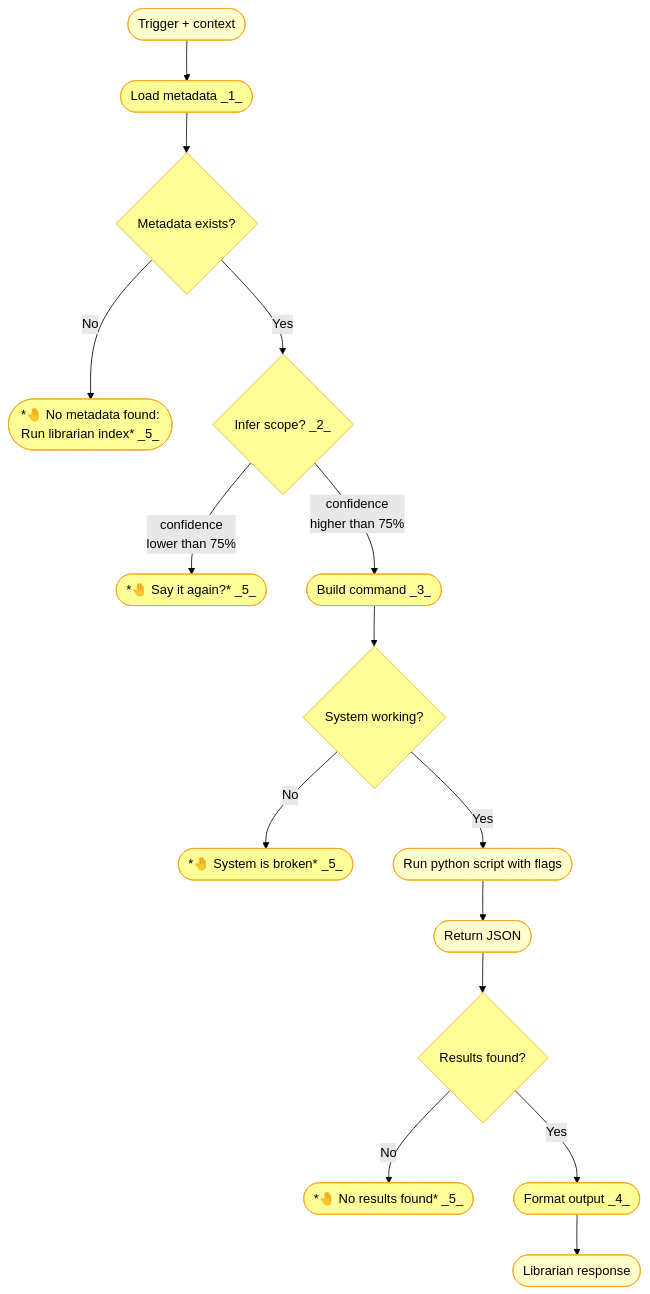
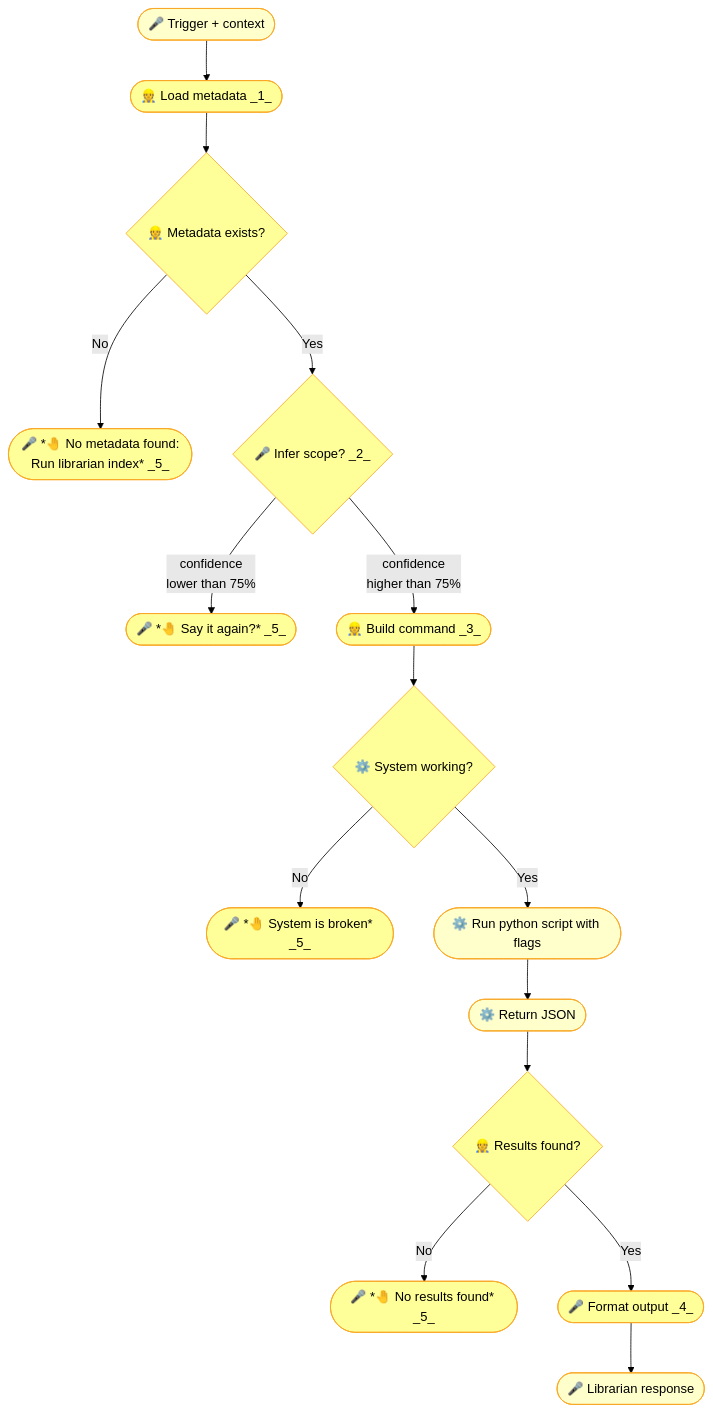
Before and after one commit to nonlinear/librarian: the second of 3 diagrams in backstage/epic-notes/v0.15.0-skill-protocol.md, drawn with Mermaid (forest theme). The commit also changed other lines of this file, not shown here.

Commit message:
epic-15: Merge enforcement.md → protocol.md (Problem + Runtime diagram)

````diff
--- a/backstage/epic-notes/v0.15.0-skill-protocol.md
+++ b/backstage/epic-notes/v0.15.0-skill-protocol.md
@@ -3,41 +61,41 @@
 ```mermaid
 flowchart TB
-    TRIGGER(["Trigger + context"])
-    TRIGGER --> METADATA(["Load metadata _1_"])
-    METADATA --> CHECK{"Metadata exists?"}
+    TRIGGER(["🎤 Trigger + context"])
+    TRIGGER --> METADATA(["👷 Load metadata _1_"])
+    METADATA --> CHECK{"👷 Metadata exists?"}
     
-    CHECK -->|"No"| ERROR(["*🤚 No metadata found:<br>Run librarian index* _5_"])
-    CHECK -->|"Yes"| INFER{"Infer scope? _2_"}
+    CHECK -->|"No"| ERROR(["🎤 *🤚 No metadata found:<br>Run librarian index* _5_"])
+    CHECK -->|"Yes"| INFER{"🎤 Infer scope? _2_"}
     
-    INFER -->|"confidence<br>lower than 75%"| CLARIFY(["*🤚 Say it again?* _5_"])
-    INFER -->|"confidence<br>higher than 75%"| BUILD(["Build command _3_"])
+    INFER -->|"confidence<br>lower than 75%"| CLARIFY(["🎤 *🤚 Say it again?* _5_"])
+    INFER -->|"confidence<br>higher than 75%"| BUILD(["👷 Build command _3_"])
     
-    BUILD --> CHECK_SYSTEM{"System working?"}
+    BUILD --> CHECK_SYSTEM{"⚙️ System working?"}
     
-    CHECK_SYSTEM -->|"No"| BROKEN(["*🤚 System is broken* _5_"])
-    CHECK_SYSTEM -->|"Yes"| EXEC(["Run python script with flags"])
+    CHECK_SYSTEM -->|"No"| BROKEN(["🎤 *🤚 System is broken* _5_"])
+    CHECK_SYSTEM -->|"Yes"| EXEC(["⚙️ Run python script with flags"])
     
-    EXEC --> JSON(["Return JSON"])
-    JSON --> CHECK_RESULTS{"Results found?"}
+    EXEC --> JSON(["⚙️ Return JSON"])
+    JSON --> CHECK_RESULTS{"👷 Results found?"}
     
-    CHECK_RESULTS -->|"No"| EMPTY(["*🤚 No results found* _5_"])
-    CHECK_RESULTS -->|"Yes"| FORMAT(["Format output _4_"])
+    CHECK_RESULTS -->|"No"| EMPTY(["🎤 *🤚 No results found* _5_"])
+    CHECK_RESULTS -->|"Yes"| FORMAT(["🎤 Format output _4_"])
     
-    FORMAT --> RESPONSE(["Librarian response"])
+    FORMAT --> RESPONSE(["🎤 Librarian response"])
     
     style TRIGGER fill:#FFFFCC,stroke:#F9A825,color:#000
     style METADATA fill:#FFFF99,stroke:#F9A825,color:#000
     style INFER fill:#FFFF99,stroke:#F9A825,color:#000
     style CLARIFY fill:#FFFF99,stroke:#F9A825,color:#000
     style BUILD fill:#FFFF99,stroke:#F9A825,color:#000
     style EXEC fill:#FFFFCC,stroke:#F9A825,color:#000
     style JSON fill:#FFFFCC,stroke:#F9A825,color:#000
     style FORMAT fill:#FFFF99,stroke:#F9A825,color:#000
     style RESPONSE fill:#FFFFCC,stroke:#F9A825,color:#000
     style CHECK fill:#FFFF99,stroke:#F9A825,color:#000
     style ERROR fill:#FFFF99,stroke:#F9A825,color:#000
     style CHECK_SYSTEM fill:#FFFF99,stroke:#F9A825,color:#000
     style BROKEN fill:#FFFF99,stroke:#F9A825,color:#000
     style CHECK_RESULTS fill:#FFFF99,stroke:#F9A825,color:#000
     style EMPTY fill:#FFFF99,stroke:#F9A825,color:#000
 ```
````
